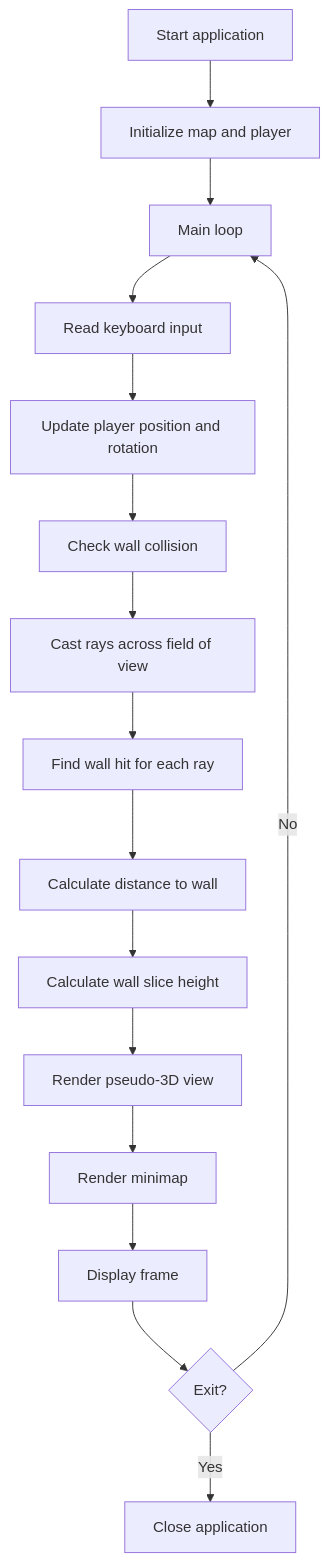
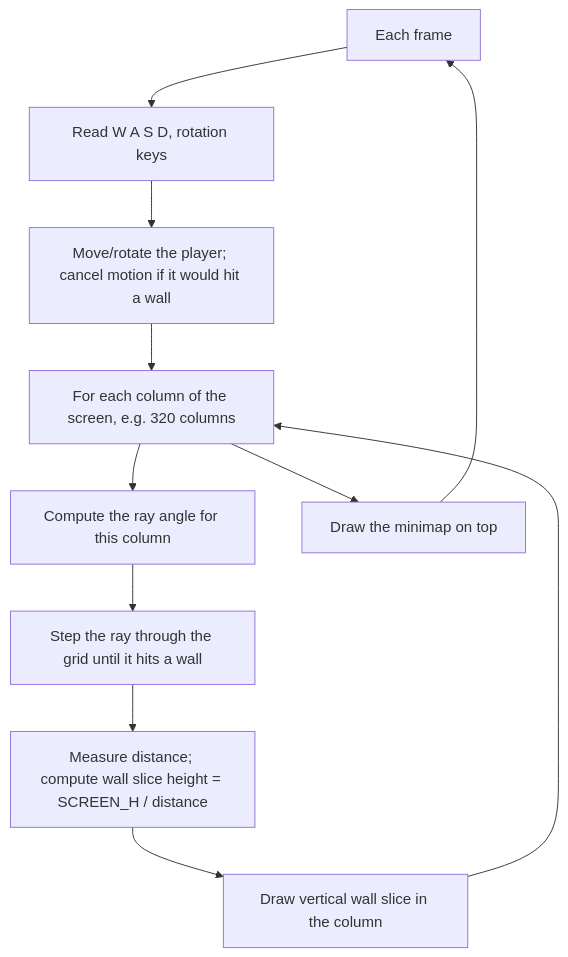
One commit to rmalkevy/Programming-Practice-Projects changed the diagram in labs/lab-02-ray-casting-engine.md. Above: the diagram before and after it, drawn with Mermaid. The commit also changed other lines of this file and 2 other files, not shown here.

````diff
--- a/labs/lab-02-ray-casting-engine.md
+++ b/labs/lab-02-ray-casting-engine.md
@@ -49,18 +50,13 @@
 ```mermaid
 flowchart TD
-    A[Start application] --> B[Initialize map and player]
-    B --> C[Main loop]
-    C --> D[Read keyboard input]
-    D --> E[Update player position and rotation]
-    E --> F[Check wall collision]
-    F --> G[Cast rays across field of view]
-    G --> H[Find wall hit for each ray]
-    H --> I[Calculate distance to wall]
-    I --> J[Calculate wall slice height]
-    J --> K[Render pseudo-3D view]
-    K --> L[Render minimap]
-    L --> M[Display frame]
-    M --> N{Exit?}
-    N -- No --> C
-    N -- Yes --> O[Close application]
+    A[Each frame] --> B[Read W A S D, rotation keys]
+    B --> C[Move/rotate the player; cancel motion if it would hit a wall]
+    C --> D[For each column of the screen, e.g. 320 columns]
+    D --> E[Compute the ray angle for this column]
+    E --> F[Step the ray through the grid until it hits a wall]
+    F --> G[Measure distance; compute wall slice height = SCREEN_H / distance]
+    G --> H[Draw vertical wall slice in the column]
+    H --> D
+    D --> I[Draw the minimap on top]
+    I --> A
 ```
````
